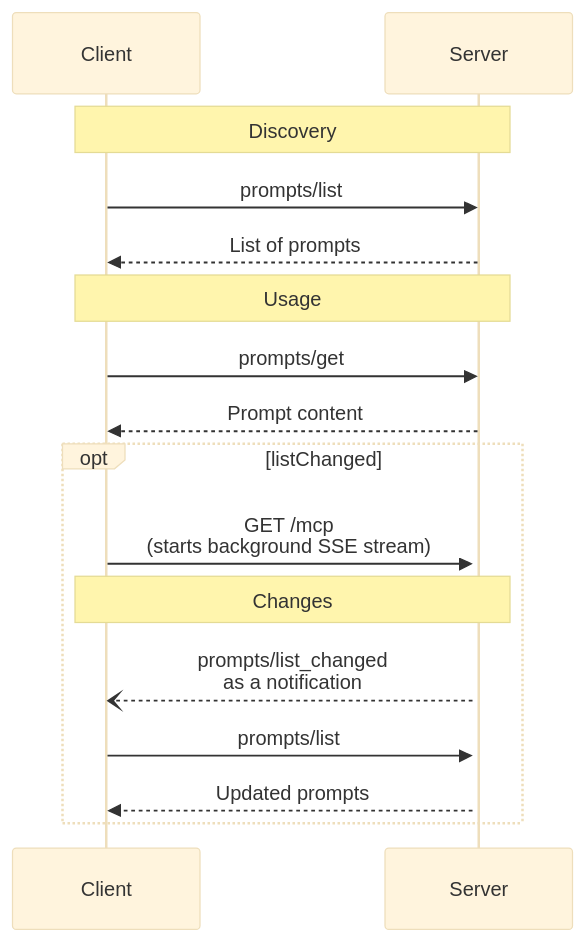
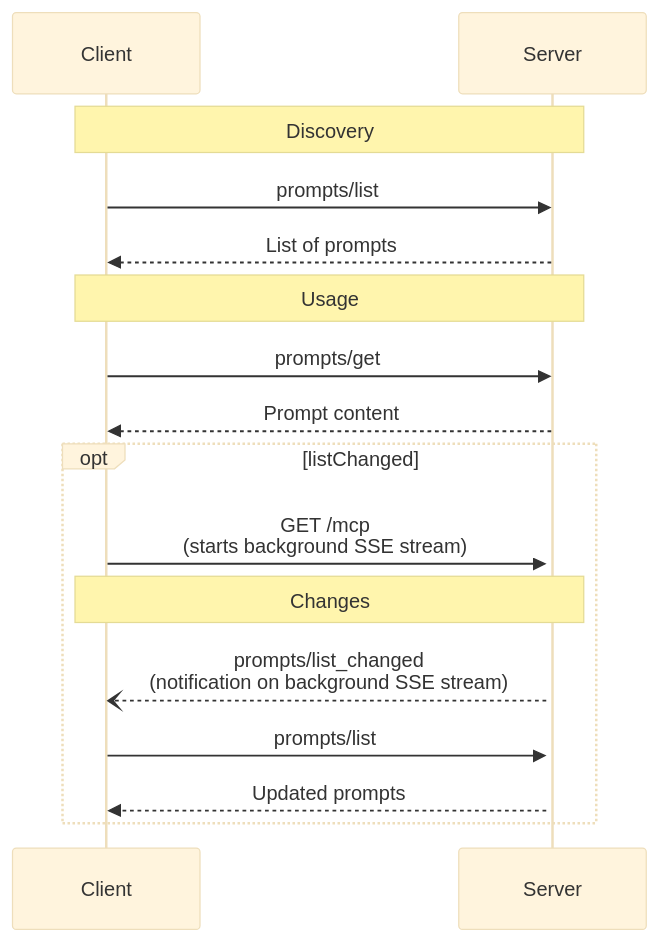
One commit to modelcontextprotocol/modelcontextprotocol changed the diagram in docs/specification/2025-06-18/server/prompts.mdx. Above: the diagram before and after it, drawn with Mermaid (base theme).

````diff
--- a/docs/specification/2025-06-18/server/prompts.mdx
+++ b/docs/specification/2025-06-18/server/prompts.mdx
@@ -150,21 +150,21 @@
 ```mermaid
 sequenceDiagram
     participant Client
     participant Server
 
     Note over Client,Server: Discovery
     Client->>Server: prompts/list
     Server-->>Client: List of prompts
 
     Note over Client,Server: Usage
     Client->>Server: prompts/get
     Server-->>Client: Prompt content
 
     opt listChanged
       Client->>+Server: GET /mcp<br>(starts background SSE stream)
       Note over Client,Server: Changes
-      Server--)Client: prompts/list_changed<br>as a notification
+      Server--)Client: prompts/list_changed<br>(notification on background SSE stream)
       Client->>Server: prompts/list
       Server-->>Client: Updated prompts
     end
 ```
````
